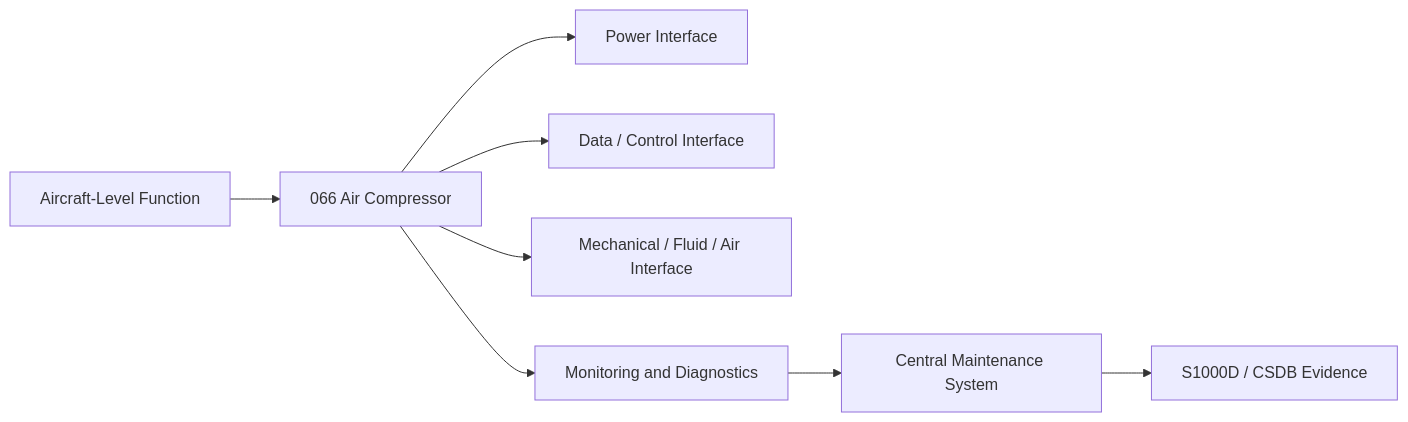
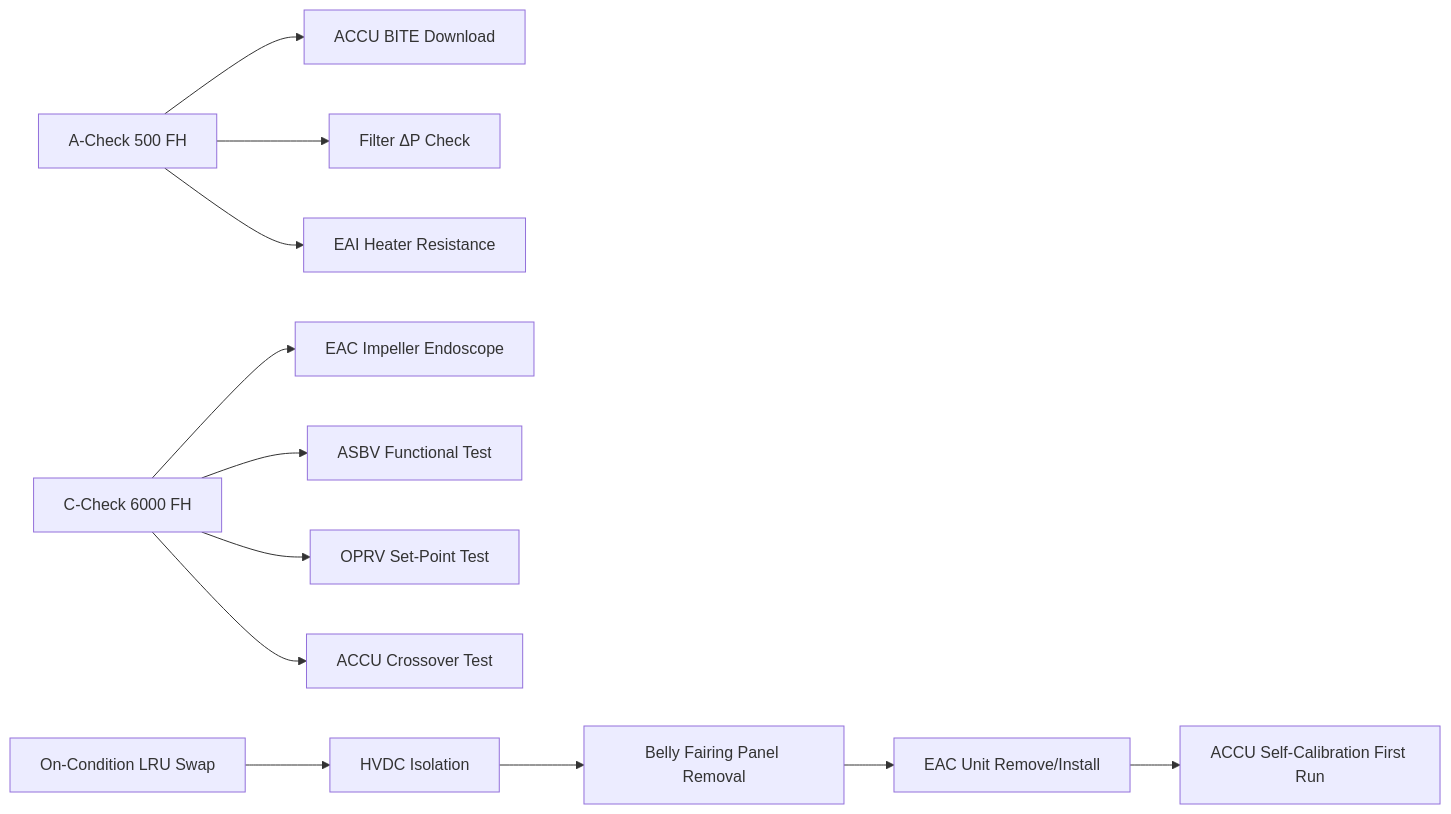
The first of 2 diagrams in Q+ATLANTIDE/000-099_ATLAS/060-069_Propulsion-Tradicional/066_Air-Compressor/066-070-Compressor-Inspection-Test-and-Maintenance.md (AmedeoPelliccia/Qplus-For-All-Queer-People-and-Quantum), drawn with Mermaid before and after one commit. The commit also changed other lines of this file and 9 other files, not shown here.

First line of the commit message:
docs: rewrite 066_Air-Compressor — 10 files contextualized for AMPEL360E eWTW

````diff
--- a/Q+ATLANTIDE/000-099_ATLAS/060-069_Propulsion-Tradicional/066_Air-Compressor/066-070-Compressor-Inspection-Test-and-Maintenance.md
+++ b/Q+ATLANTIDE/000-099_ATLAS/060-069_Propulsion-Tradicional/066_Air-Compressor/066-070-Compressor-Inspection-Test-and-Maintenance.md
@@ -153,10 +102,14 @@
 ```mermaid
 flowchart LR
-    A[Aircraft-Level Function] --> B[066 Air Compressor]
-    B --> C[Power Interface]
-    B --> D[Data / Control Interface]
-    B --> E[Mechanical / Fluid / Air Interface]
-    B --> F[Monitoring and Diagnostics]
-    F --> G[Central Maintenance System]
-    G --> H[S1000D / CSDB Evidence]
+    A_CHECK[A-Check 500 FH] --> BITE_DL[ACCU BITE Download]
+    A_CHECK --> FILTER[Filter ΔP Check]
+    A_CHECK --> EAI_CHK[EAI Heater Resistance]
+    C_CHECK[C-Check 6000 FH] --> IMPELLER[EAC Impeller Endoscope]
+    C_CHECK --> ASBV_TEST[ASBV Functional Test]
+    C_CHECK --> OPRV_TEST[OPRV Set-Point Test]
+    C_CHECK --> CROSSOVER[ACCU Crossover Test]
+    LRU_SWAP[On-Condition LRU Swap] --> HVDC_ISO[HVDC Isolation]
+    HVDC_ISO --> PANEL[Belly Fairing Panel Removal]
+    PANEL --> EAC_REMOVE[EAC Unit Remove/Install]
+    EAC_REMOVE --> SELF_CAL[ACCU Self-Calibration First Run]
 ```
````
